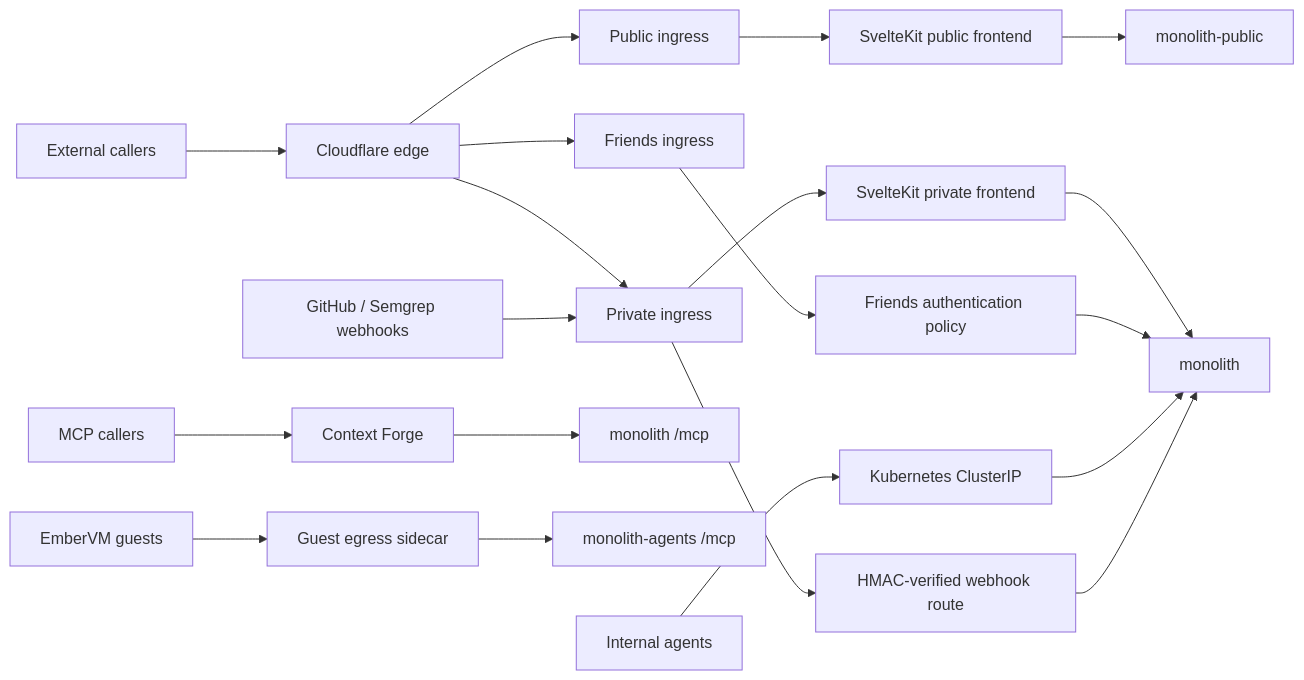
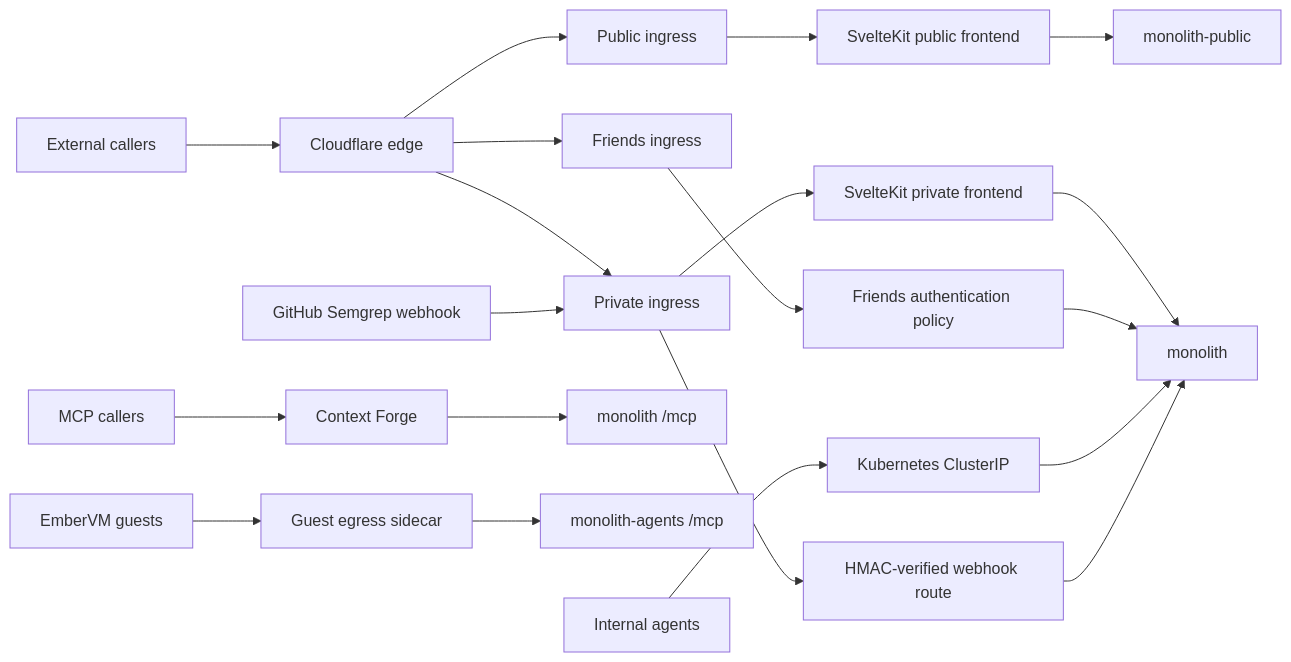
Before and after one commit to jomcgi-org/homelab: the diagram in projects/monolith/ARCHITECTURE.md, drawn with Mermaid. The commit also changed other lines of this file and 93 other files, not shown here.

````diff
--- a/projects/monolith/ARCHITECTURE.md
+++ b/projects/monolith/ARCHITECTURE.md
@@ -68,22 +68,22 @@
 ```mermaid
 flowchart LR
     External[External callers] --> Edge[Cloudflare edge]
     Edge --> PublicIngress[Public ingress]
     Edge --> PrivateIngress[Private ingress]
     Edge --> FriendsIngress[Friends ingress]
     PublicIngress --> PublicWeb[SvelteKit public frontend]
     PublicWeb --> PublicApi[monolith-public]
     PrivateIngress --> PrivateWeb[SvelteKit private frontend]
     PrivateWeb --> PrivateApi[monolith]
     FriendsIngress --> FriendsPolicy[Friends authentication policy]
     FriendsPolicy --> PrivateApi
     MCP[MCP callers] --> ContextForge[Context Forge]
     ContextForge --> MCPMount[monolith /mcp]
     Guests[EmberVM guests] --> Sidecar[Guest egress sidecar]
     Sidecar --> AgentsApi[monolith-agents /mcp]
     Internal[Internal agents] --> ClusterIP[Kubernetes ClusterIP]
     ClusterIP --> PrivateApi
-    Webhooks[GitHub / Semgrep webhooks] --> PrivateIngress
+    Webhooks[GitHub Semgrep webhook] --> PrivateIngress
     PrivateIngress --> WebhookRoute[HMAC-verified webhook route]
     WebhookRoute --> PrivateApi
 ```
````
